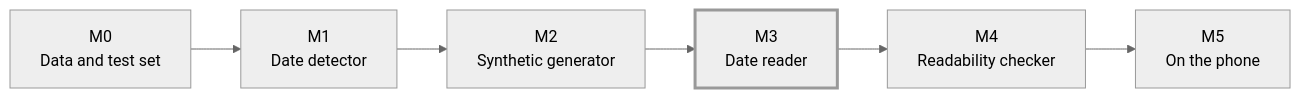
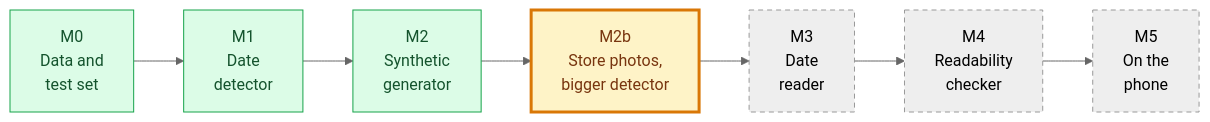
One commit to aayushroopchandani/bestbefore changed the seventh of 12 diagrams in README.md. Above: the diagram before and after it, drawn with Mermaid (neutral theme). The commit also changed other lines of this file, not shown here.

Commit message:
docs: readme diagrams: the architecture, the generator, the gpu queue, the m2 ablation and m2b

````diff
--- a/README.md
+++ b/README.md
@@ -156,9 +300,15 @@
 ```mermaid
 flowchart LR
-    M0["M0<br/>Data and test set"] --> M1["M1<br/>Date detector"]
-    M1 --> M2["M2<br/>Synthetic generator"]
-    M2 --> M3["M3<br/>Date reader"]:::now
-    M3 --> M4["M4<br/>Readability checker"]
-    M4 --> M5["M5<br/>On the phone"]
-    classDef now stroke-width:3px
+    M0["M0<br/>Data and<br/>test set"] --> M1["M1<br/>Date<br/>detector"]
+    M1 --> M2["M2<br/>Synthetic<br/>generator"]
+    M2 --> M2b["M2b<br/>Store photos,<br/>bigger detector"]
+    M2b --> M3["M3<br/>Date<br/>reader"]
+    M3 --> M4["M4<br/>Readability<br/>checker"]
+    M4 --> M5["M5<br/>On the<br/>phone"]
+    class M0,M1,M2 done
+    class M2b now
+    class M3,M4,M5 planned
+    classDef done fill:#dcfce7,stroke:#16a34a,color:#14532d
+    classDef now fill:#fef3c7,stroke:#d97706,stroke-width:3px,color:#78350f
+    classDef planned stroke-dasharray:5 4
 ```
````
